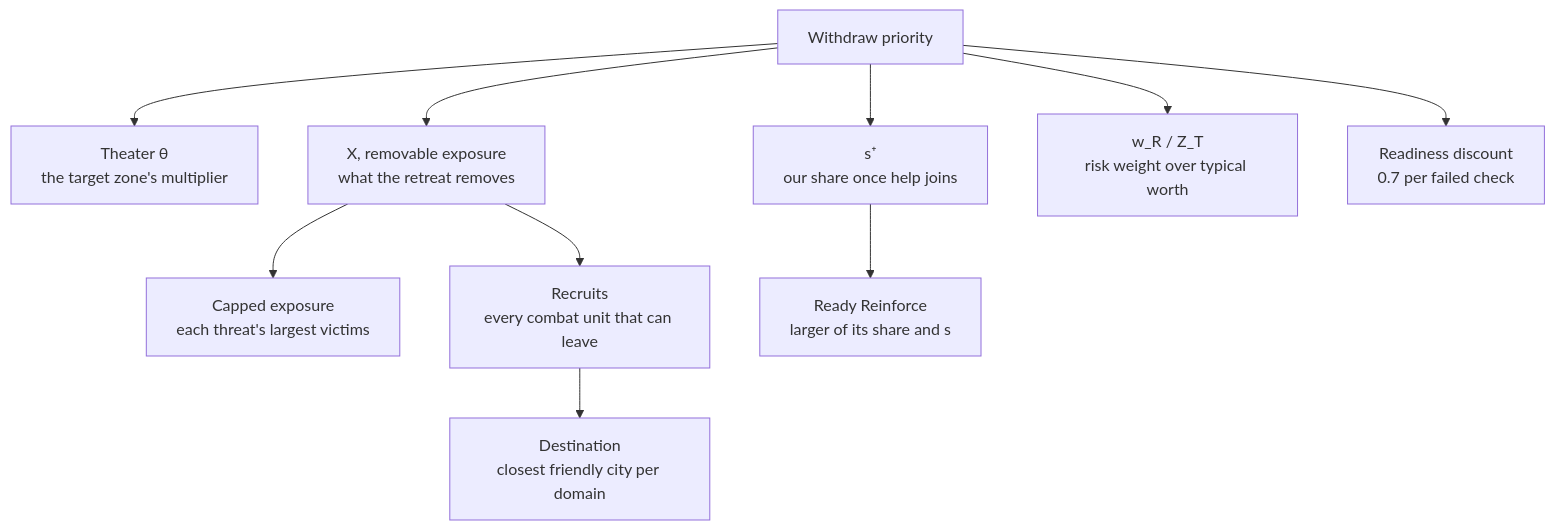
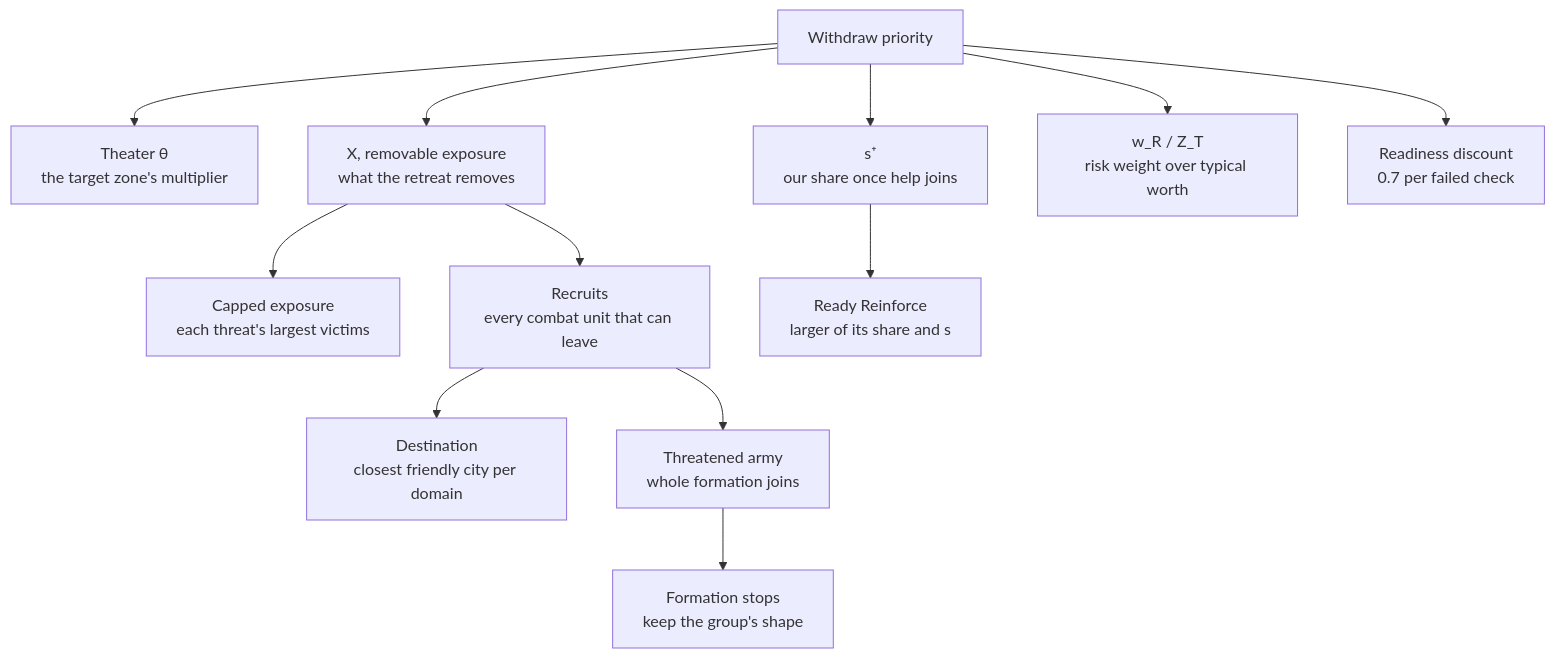
One commit to vox-deorum/vox-deorum changed the diagram in docs/developers/civ5-dll/unit-ai/commands/withdrawal.md. Above: the diagram before and after it, drawn with Mermaid. The commit also changed other lines of this file and 12 other files, not shown here.

````diff
--- a/docs/developers/civ5-dll/unit-ai/commands/withdrawal.md
+++ b/docs/developers/civ5-dll/unit-ai/commands/withdrawal.md
@@ -7,13 +7,15 @@
 ```mermaid
 flowchart TD
     P["Withdraw priority"]
     P --> T["Theater θ<br/>the target zone's multiplier"]
     P --> X["X, removable exposure<br/>what the retreat removes"]
     P --> S["s⁺<br/>our share once help joins"]
     P --> R["w_R / Z_T<br/>risk weight over typical worth"]
     P --> F["Readiness discount<br/>0.7 per failed check"]
     X --> C["Capped exposure<br/>each threat's largest victims"]
     X --> G["Recruits<br/>every combat unit that can leave"]
     G --> D["Destination<br/>closest friendly city per domain"]
+    G --> FM["Threatened army<br/>whole formation joins"]
+    FM --> FS["Formation stops<br/>keep the group's shape"]
     S --> H["Ready Reinforce<br/>larger of its share and s"]
 ```
````
